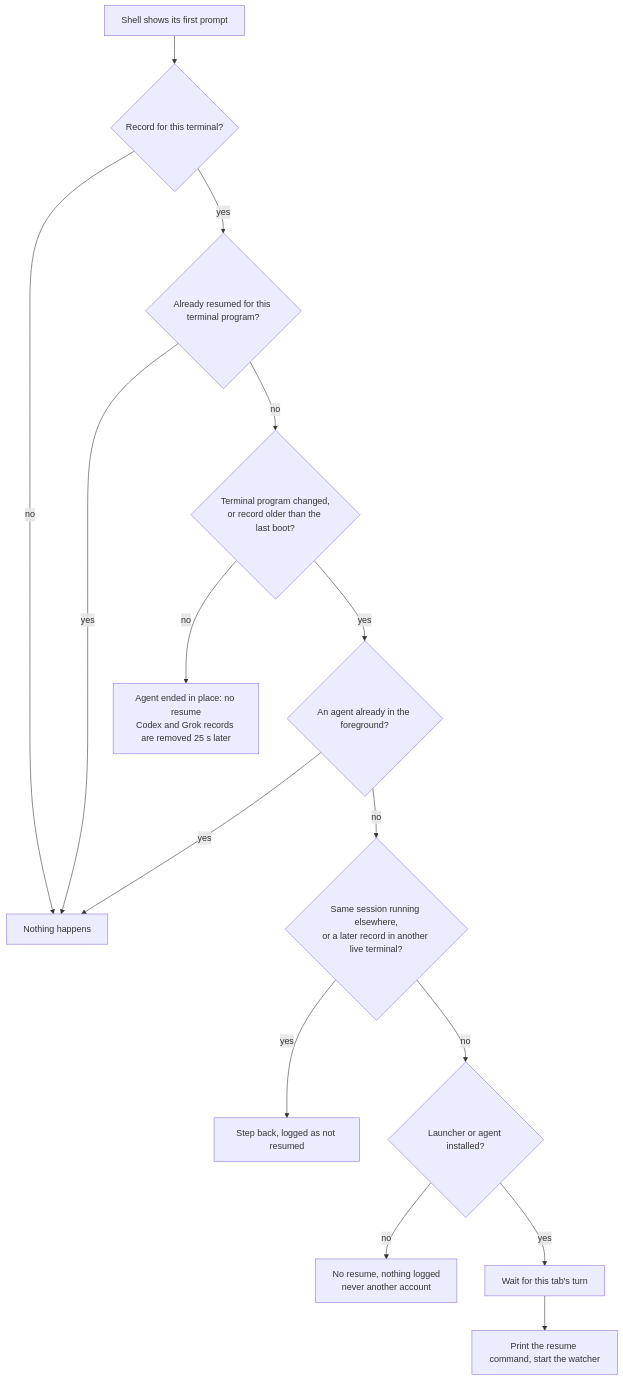
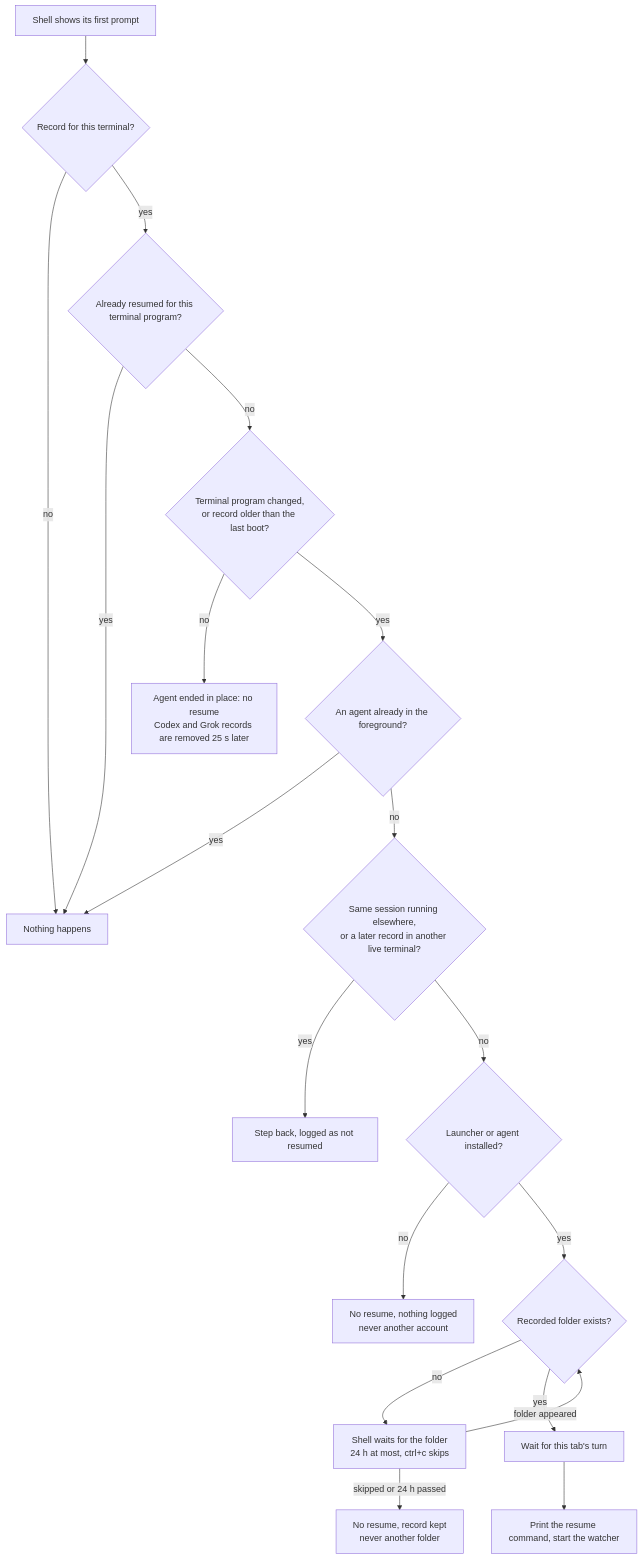
Before and after one commit to thuongtin/herdr-agents-field-guide: the second of 6 diagrams in docs/resume-after-reboot.md, drawn with Mermaid. The commit also changed other lines of this file and 7 other files, not shown here.

First line of the commit message:
fix: wait for a missing session folder instead of starting elsewhere

````diff
--- a/docs/resume-after-reboot.md
+++ b/docs/resume-after-reboot.md
@@ -37,17 +37,21 @@
 ```mermaid
 flowchart TD
     A["Shell shows its first prompt"] --> B{"Record for this terminal?"}
     B -- "no" --> Z["Nothing happens"]
     B -- "yes" --> C{"Already resumed for this terminal program?"}
     C -- "yes" --> Z
     C -- "no" --> D{"Terminal program changed,<br/>or record older than the last boot?"}
     D -- "no" --> E["Agent ended in place: no resume<br/>Codex and Grok records are removed 25 s later"]
     D -- "yes" --> F{"An agent already in the foreground?"}
     F -- "yes" --> Z
     F -- "no" --> G{"Same session running elsewhere,<br/>or a later record in another live terminal?"}
     G -- "yes" --> Y["Step back, logged as not resumed"]
     G -- "no" --> I{"Launcher or agent installed?"}
     I -- "no" --> X["No resume, nothing logged<br/>never another account"]
-    I -- "yes" --> J["Wait for this tab's turn"]
+    I -- "yes" --> M{"Recorded folder exists?"}
+    M -- "no" --> N["Shell waits for the folder<br/>24 h at most, ctrl+c skips"]
+    N -- "folder appeared" --> M
+    N -- "skipped or 24 h passed" --> O["No resume, record kept<br/>never another folder"]
+    M -- "yes" --> J["Wait for this tab's turn"]
     J --> K["Print the resume command, start the watcher"]
 ```
````
